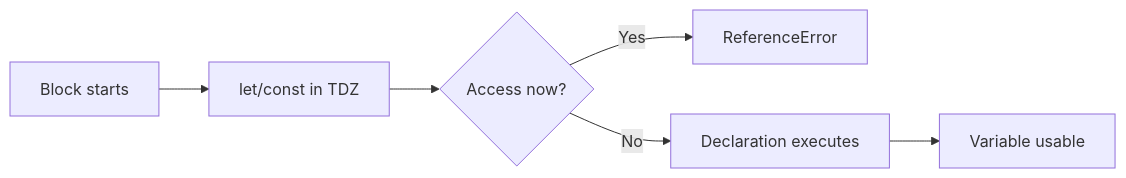
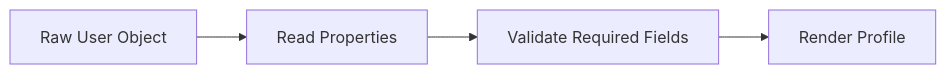
The eighth of 16 diagrams in JavaScript-Beginners-Guide.md (AbhishekDhone7/javascript-git-basics), drawn with Mermaid before and after one commit. The commit also changed other lines of this file and 1 other file, not shown here.

````diff
--- a/JavaScript-Beginners-Guide.md
+++ b/JavaScript-Beginners-Guide.md
@@ -606,8 +592,6 @@
 ```mermaid
 flowchart LR
-A[Block starts] --> B[let/const in TDZ]
-B --> C{Access now?}
-C -- Yes --> D[ReferenceError]
-C -- No --> E[Declaration executes]
-E --> F[Variable usable]
+A[Raw User Object] --> B[Read Properties]
+B --> C[Validate Required Fields]
+C --> D[Render Profile]
 ```
````
